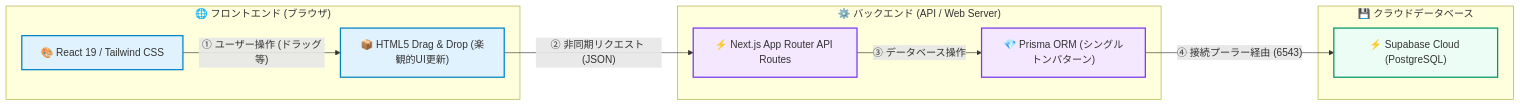
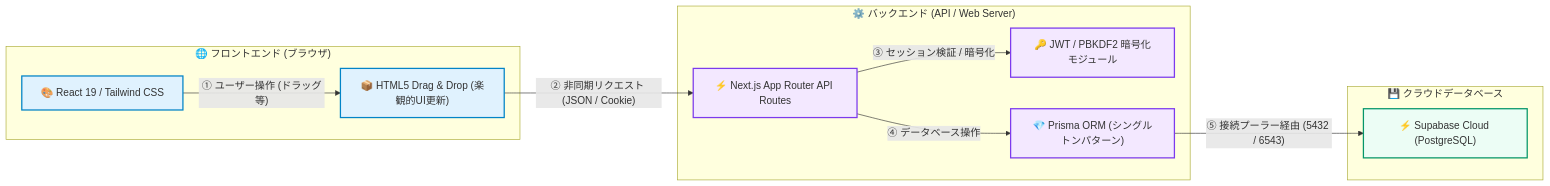
Before and after one commit to kojiro-tsuji/task-app-asana-clone: the first of 2 diagrams in README.md, drawn with Mermaid. The commit also changed other lines of this file, not shown here.

Commit message:
docs: enrich README with live URL, architecture, credentials, and feature details

````diff
--- a/README.md
+++ b/README.md
@@ -40,26 +59,28 @@
 ```mermaid
 graph LR
     %% スタイル定義
     classDef client fill:#e0f2fe,stroke:#0284c7,stroke-width:2px;
     classDef server fill:#f3e8ff,stroke:#7c3aed,stroke-width:2px;
     classDef db fill:#ecfdf5,stroke:#059669,stroke-width:2px;
 
     subgraph Client ["🌐 フロントエンド (ブラウザ)"]
         UI["🎨 React 19 / Tailwind CSS"]:::client
         Dnd["📦 HTML5 Drag & Drop (楽観的UI更新)"]:::client
     end
 
     subgraph Backend ["⚙️ バックエンド (API / Web Server)"]
         NextAPI["⚡ Next.js App Router API Routes"]:::server
+        Auth["🔑 JWT / PBKDF2 暗号化モジュール"]:::server
         Prisma["💎 Prisma ORM (シングルトンパターン)"]:::server
     end
 
     subgraph Database ["💾 クラウドデータベース"]
         SupaDB["⚡ Supabase Cloud (PostgreSQL)"]:::db
     end
 
     UI -->|"① ユーザー操作 (ドラッグ等)"| Dnd
-    Dnd -->|"② 非同期リクエスト (JSON)"| NextAPI
-    NextAPI -->|"③ データベース操作"| Prisma
-    Prisma -->|"④ 接続プーラー経由 (6543)"| SupaDB
+    Dnd -->|"② 非同期リクエスト (JSON / Cookie)"| NextAPI
+    NextAPI -->|"③ セッション検証 / 暗号化"| Auth
+    NextAPI -->|"④ データベース操作"| Prisma
+    Prisma -->|"⑤ 接続プーラー経由 (5432 / 6543)"| SupaDB
 ```
````
